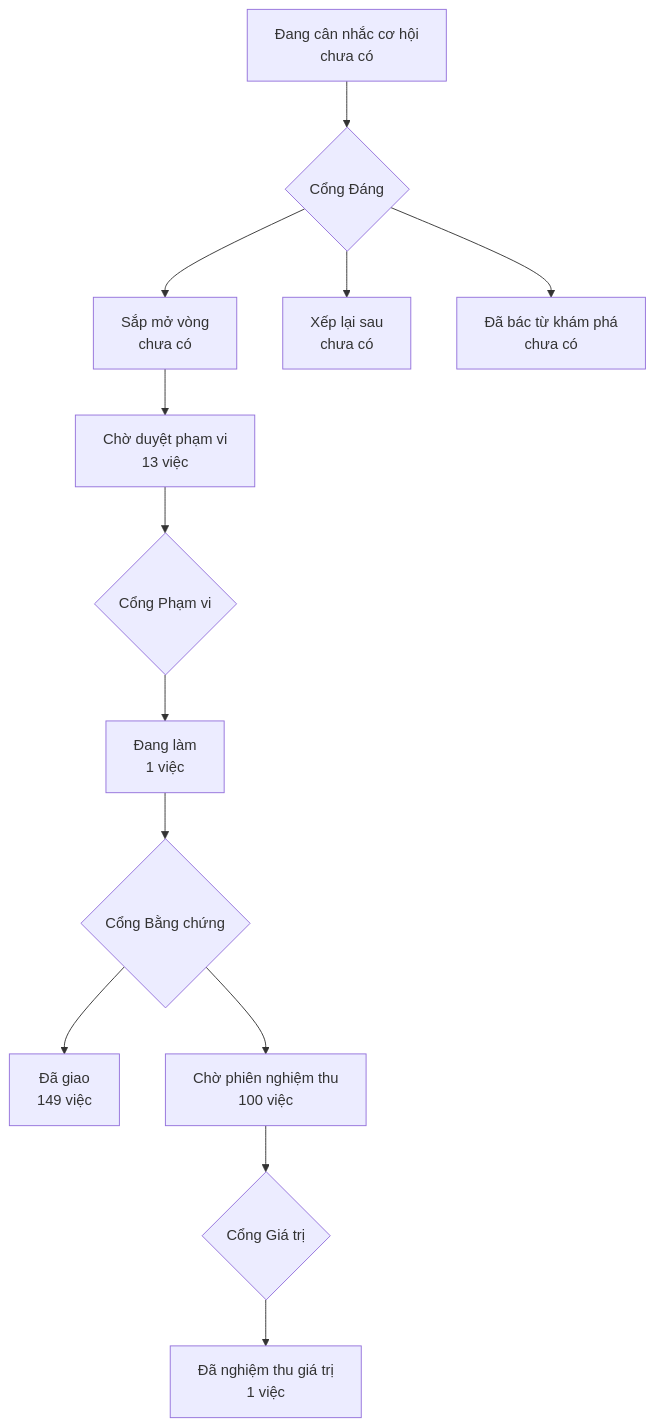
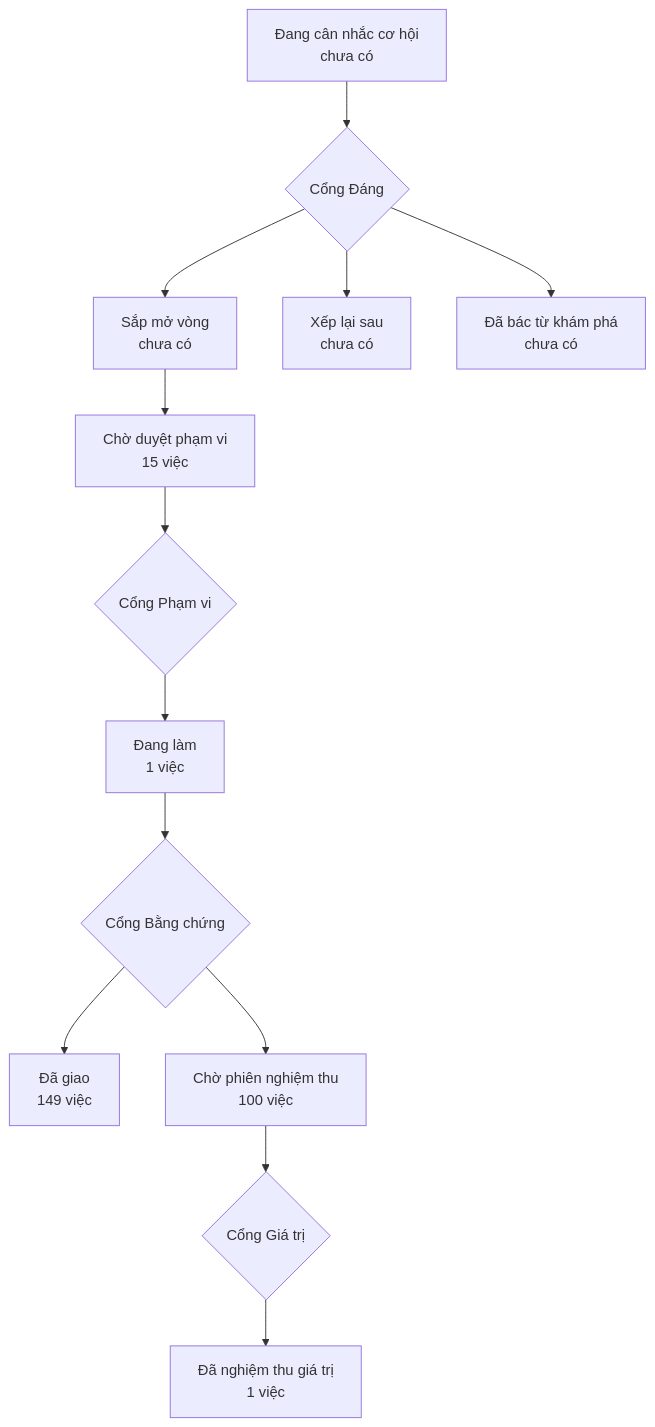
The diagram in PRODUCT-MAP.md (phanlemanh/onehub-invest), drawn with Mermaid before and after one commit. The commit also changed other lines of this file and 1 other file, not shown here.

Commit message:
chore(acceptance): vẽ lại bản đồ sau khi gộp main vào nhánh PL30

````diff
--- a/PRODUCT-MAP.md
+++ b/PRODUCT-MAP.md
@@ -7,12 +7,12 @@
 ```mermaid
 flowchart TD
   A["Đang cân nhắc cơ hội<br/>chưa có"] --> GD{"Cổng Đáng"}
   GD --> B["Sắp mở vòng<br/>chưa có"]
   GD --> XL["Xếp lại sau<br/>chưa có"]
   GD --> DB["Đã bác từ khám phá<br/>chưa có"]
-  B --> CD["Chờ duyệt phạm vi<br/>13 việc"] --> GP{"Cổng Phạm vi"}
+  B --> CD["Chờ duyệt phạm vi<br/>15 việc"] --> GP{"Cổng Phạm vi"}
   GP --> DL["Đang làm<br/>1 việc"] --> GB{"Cổng Bằng chứng"}
   GB --> DG["Đã giao<br/>149 việc"]
   GB --> CN["Chờ phiên nghiệm thu<br/>100 việc"] --> GG{"Cổng Giá trị"}
   GG --> NT["Đã nghiệm thu giá trị<br/>1 việc"]
 ```
````
